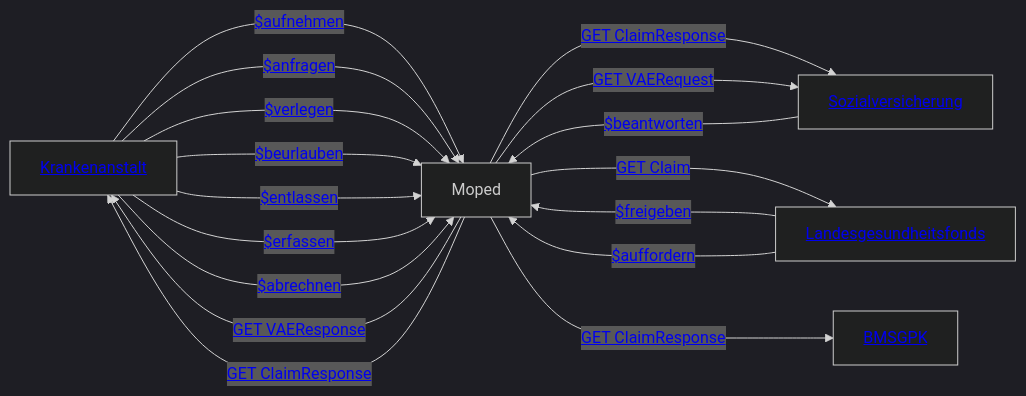
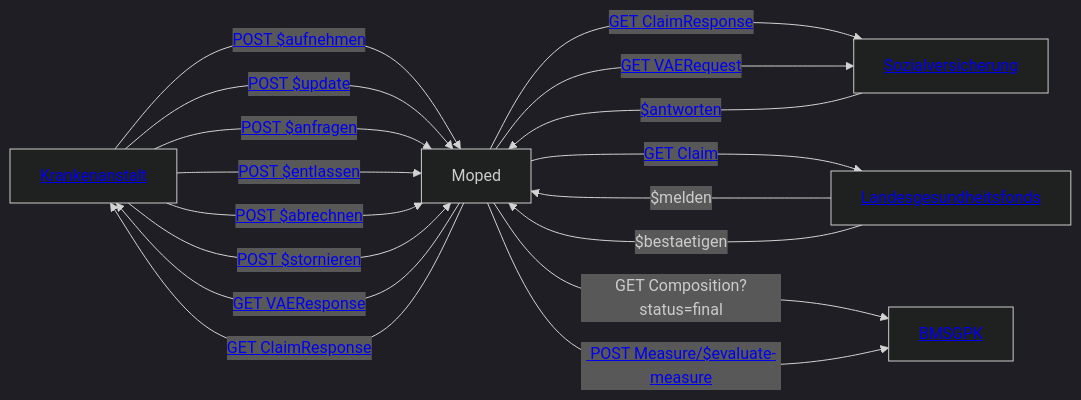
Before and after one commit to HL7Austria/ELGA-MOPED-R5: the first of 5 diagrams in input/pagecontent/actors.md, drawn with Mermaid (dark theme). The commit also changed other lines of this file and 5 other files, not shown here.

Commit message:
#388 #569 updated process diagrams and added content

```diff
--- a/input/pagecontent/actors.md
+++ b/input/pagecontent/actors.md
@@ -7,28 +7,25 @@
 <pre class="mermaid">
     graph LR
     KH[<a href="#actor-KH">Krankenanstalt</a>]
     SV[<a href="#actor-SV">Sozialversicherung</a>]
     BMSGPK[<a href="#actor-BMSGPK">BMSGPK</a>]
     LGF[<a href="#actor-LGF">Landesgesundheitsfonds</a>]
     Moped[Moped] 
 
-    KH --->|<a href="OperationDefinition-MOPED.Patient.Aufnehmen.html"> $aufnehmen</a>| Moped 
-    KH -->|<a href="OperationDefinition-MOPED.VAERequest.Anfragen.html"> $anfragen</a>| Moped
-    KH -->|<a href="OperationDefinition-MOPED.Patient.Verlegen.html"> $verlegen</a>| Moped
-    KH -->|<a href="OperationDefinition-MOPED.Patient.Beurlauben.html"> $beurlauben</a>| Moped
-    KH -->|<a href="OperationDefinition-MOPED.Patient.Entlassen.html"> $entlassen</a>| Moped 
-    KH -->|<a href="OperationDefinition-MOPED.Encounter.erfassen.html">$erfassen</a>| Moped
-    KH -->|<a href="OperationDefinition-MOPED.Encounter.Abrechnen.html"> $abrechnen</a>| Moped
+    KH --->|<a href="OperationDefinition-MOPED.Patient.Aufnehmen.html"> POST $aufnehmen</a>| Moped 
+    KH -->|<a href="TBD"> POST $update</a>| Moped
+    KH -->|<a href="TBD"> POST $anfragen</a>| Moped
+    KH -->|<a href="OperationDefinition-MOPED.Patient.Entlassen.html"> POST $entlassen</a>| Moped
+    KH -->|<a href="OperationDefinition-MOPED.Encounter.Abrechnen.html"> POST $abrechnen</a>| Moped
+    KH -->|<a href="TBD"> POST $stornieren</a>| Moped
     Moped -->|<a href="StructureDefinition-MopedVAEResponse.html"> GET VAEResponse</a>| KH
     Moped --->|<a href="StructureDefinition-MopedLKFResponse.html"> GET ClaimResponse</a>| KH
-
     Moped --->|<a href="StructureDefinition-MopedLKFResponse.html"> GET ClaimResponse</a>| SV
     Moped --->|<a href="StructureDefinition-MopedVAERequest.html"> GET VAERequest</a>| SV
-    SV --->|<a href="OperationDefinition-MOPED.VAEResponse.Beantworten.html"> $beantworten</a>| Moped
-
+    SV --->|<a href="OperationDefinition-MOPED.VAEResponse.antworten.html"> $antworten</a>| Moped
     Moped --->|<a href="StructureDefinition-MopedLKFRequest.html"> GET Claim</a>| LGF
-    LGF --->|<a href="OperationDefinition-MOPED.ClaimResponse.Freigeben.html"> $freigeben</a>| Moped
-    LGF --->|<a href="OperationDefinition-MOPED.ClaimResponse.Auffordern.html"> $auffordern</a>| Moped
-
-    Moped --->|<a href="StructureDefinition-MopedLKFResponse.html"> GET ClaimResponse</a>| BMSGPK 
+    LGF --->| $melden | Moped
+    LGF --->| $bestaetigen| Moped
+    Moped --->|GET Composition?status=final| BMSGPK 
+    Moped --->|<a href="https://www.hl7.org/fhir/operation-measure-evaluate-measure.html"> POST Measure/$evaluate-measure</a>| BMSGPK
 </pre>  
```
